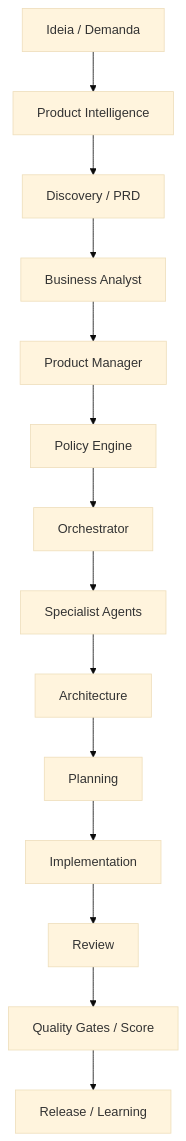
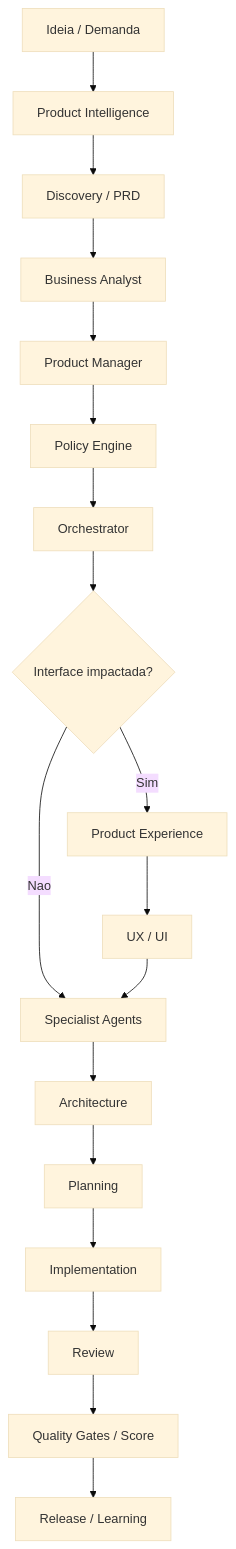
Before and after one commit to thyags/method-ceip: the diagram in docs/workflows/06-agent-orchestration.md, drawn with Mermaid (base theme). The commit also changed other lines of this file and 130 other files, not shown here.

Commit message:
Add product experience system to CEIP

````diff
--- a/docs/workflows/06-agent-orchestration.md
+++ b/docs/workflows/06-agent-orchestration.md
@@ -21,16 +22,20 @@
 ```mermaid
 flowchart TD
     A["Ideia / Demanda"] --> B["Product Intelligence"]
     B --> C["Discovery / PRD"]
     C --> D["Business Analyst"]
     D --> E["Product Manager"]
     E --> F["Policy Engine"]
     F --> G["Orchestrator"]
-    G --> H["Specialist Agents"]
-    H --> I["Architecture"]
-    I --> J["Planning"]
-    J --> K["Implementation"]
-    K --> L["Review"]
-    L --> M["Quality Gates / Score"]
-    M --> N["Release / Learning"]
+    G --> H{"Interface impactada?"}
+    H -->|Sim| I["Product Experience"]
+    I --> J["UX / UI"]
+    H -->|Nao| K["Specialist Agents"]
+    J --> K
+    K --> L["Architecture"]
+    L --> M["Planning"]
+    M --> N["Implementation"]
+    N --> O["Review"]
+    O --> P["Quality Gates / Score"]
+    P --> Q["Release / Learning"]
 ```
````
